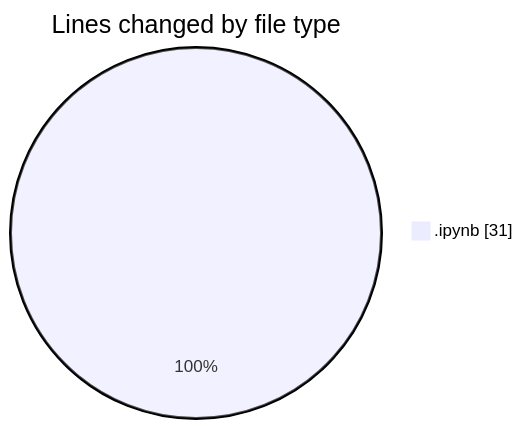
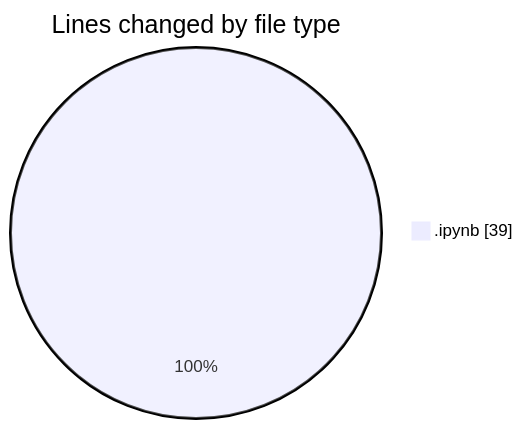
The first of 2 diagrams in 2025-03-15/myws__workspace_/README.md (MatusMokan/code-tracking), drawn with Mermaid before and after one commit. The commit also changed other lines of this file and 1 other file, not shown here.

````diff
--- a/2025-03-15/myws__workspace_/README.md
+++ b/2025-03-15/myws__workspace_/README.md
@@ -20,5 +20,5 @@
 ```mermaid
 pie showData
 title Lines changed by file type
-".ipynb" : 31
+".ipynb" : 39
 ```
````
